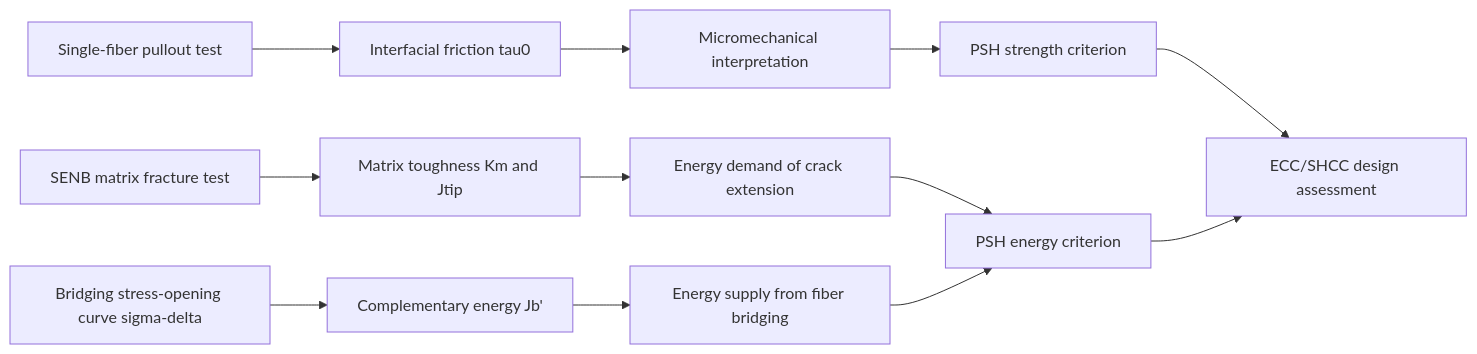
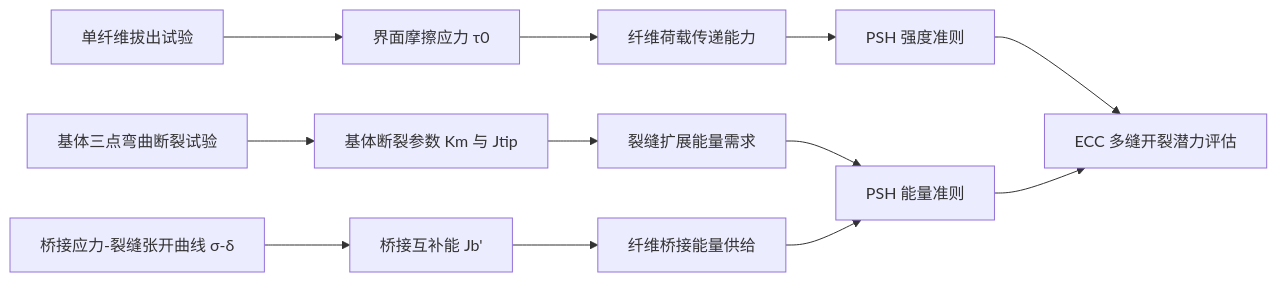
One commit to liqinglq666/ECC-Micromechanics-Calculator changed the first of 2 diagrams in README.md. Above: the diagram before and after it, drawn with Mermaid. The commit also changed other lines of this file, not shown here.

````diff
--- a/README.md
+++ b/README.md
@@ -29,14 +29,14 @@
 ```mermaid
 flowchart LR
-    A[Single-fiber pullout test] --> B[Interfacial friction tau0]
-    C[SENB matrix fracture test] --> D[Matrix toughness Km and Jtip]
-    E[Bridging stress-opening curve sigma-delta] --> F[Complementary energy Jb']
-    B --> G[Micromechanical interpretation]
-    D --> H[Energy demand of crack extension]
-    F --> I[Energy supply from fiber bridging]
-    G --> J[PSH strength criterion]
-    H --> K[PSH energy criterion]
+    A[单纤维拔出试验] --> B[界面摩擦应力 τ0]
+    C[基体三点弯曲断裂试验] --> D[基体断裂参数 Km 与 Jtip]
+    E[桥接应力-裂缝张开曲线 σ-δ] --> F[桥接互补能 Jb']
+    B --> G[纤维荷载传递能力]
+    D --> H[裂缝扩展能量需求]
+    F --> I[纤维桥接能量供给]
+    G --> J[PSH 强度准则]
+    H --> K[PSH 能量准则]
     I --> K
-    J --> L[ECC/SHCC design assessment]
+    J --> L[ECC 多缝开裂潜力评估]
     K --> L
 ```
````
